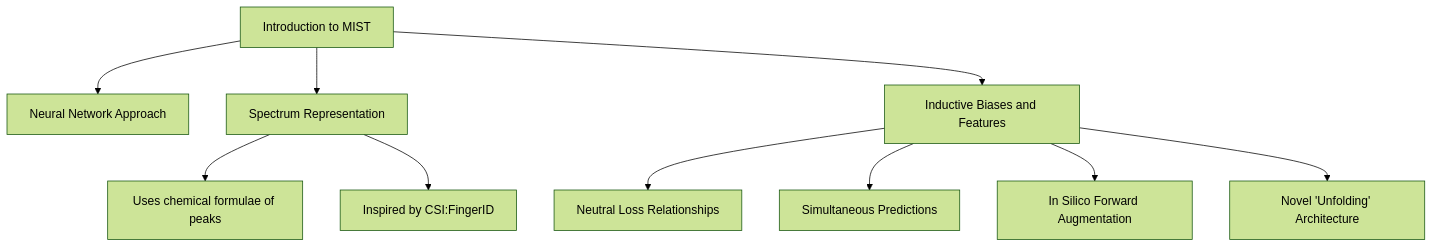
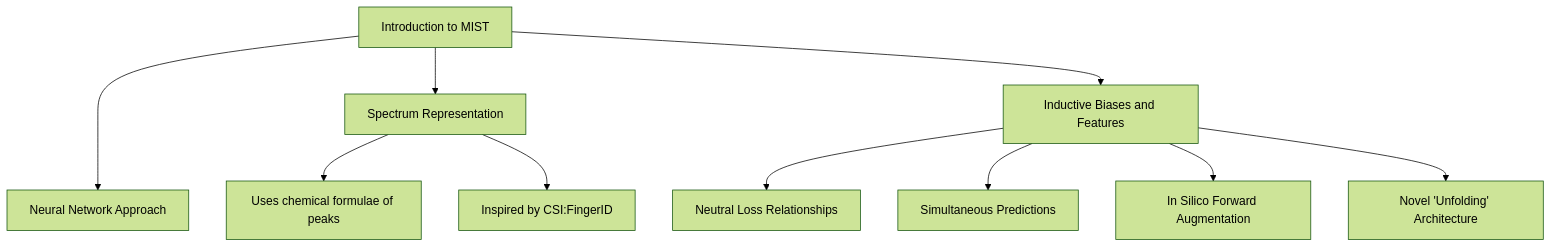
Before and after one commit to lamalab-org/toolminutes: the diagram in papers/Metabolite_MS_Transformer/annotating-metabolite-mass-spectra-with-domain-inspired-chemical-formula-transformers.md, drawn with Mermaid (forest theme).

Commit message:
flowchart

````diff
--- a/papers/Metabolite_MS_Transformer/annotating-metabolite-mass-spectra-with-domain-inspired-chemical-formula-transformers.md
+++ b/papers/Metabolite_MS_Transformer/annotating-metabolite-mass-spectra-with-domain-inspired-chemical-formula-transformers.md
@@ -6,15 +6,15 @@
 ```mermaid
 graph TD;
-    classDef introClass fill:#f9f,stroke:#333,stroke-width:2px;
+    
 
-    Introduction_MIST["Introduction to MIST"] --> Neural_Network_Approach["Neural Network Approach"];
+    Introduction_MIST["Introduction to MIST"] ---> Neural_Network_Approach["Neural Network Approach"];
     Introduction_MIST --> Spectrum_Representation["Spectrum Representation"];
     Introduction_MIST --> Inductive_Biases_and_Features["Inductive Biases and Features"];
     Inductive_Biases_and_Features --> Neutral_Loss_Relationships["Neutral Loss Relationships"];
     Inductive_Biases_and_Features --> Simultaneous_Predictions["Simultaneous Predictions"];
     Inductive_Biases_and_Features --> In_Silico_Forward_Augmentation["In Silico Forward Augmentation"];
     Inductive_Biases_and_Features --> Novel_Unfolding_Architecture["Novel 'Unfolding' Architecture"];
     Spectrum_Representation --> Chemical_Formulae_of_Peaks["Uses chemical formulae of peaks"];
     Spectrum_Representation --> Inspired_by_CSI_FingerID["Inspired by CSI:FingerID"];
 
 ```
````
